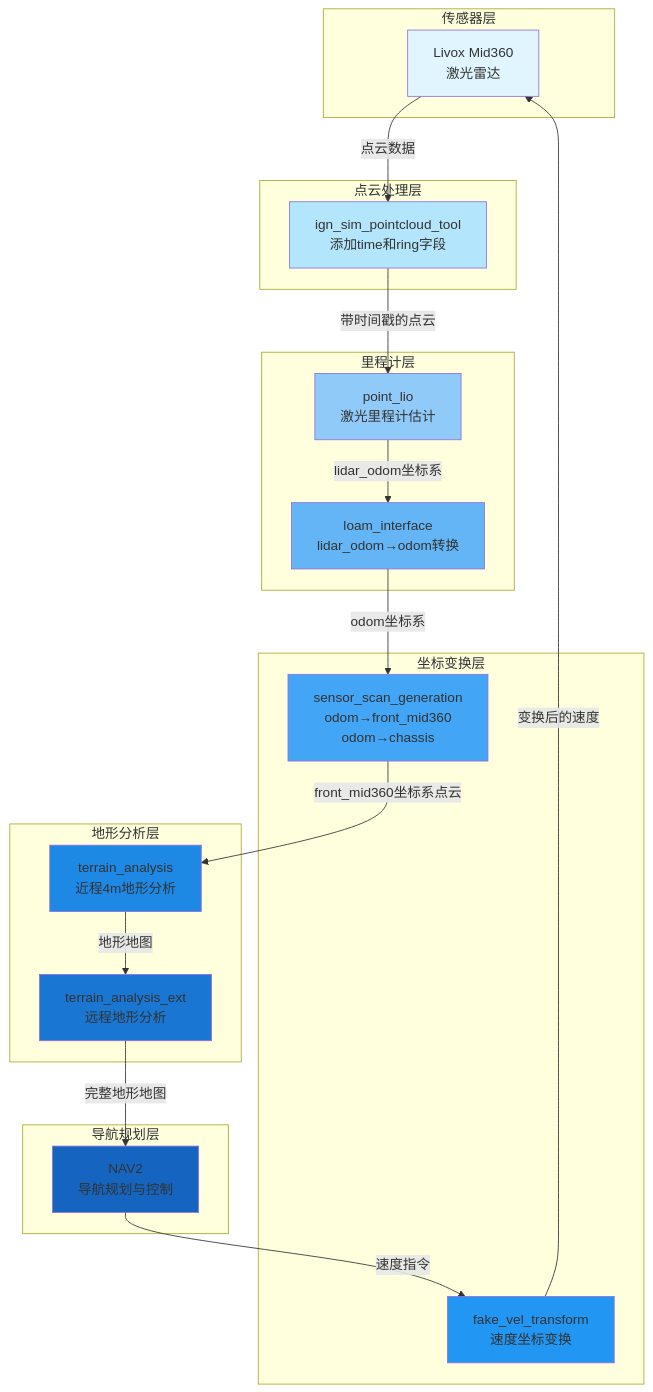
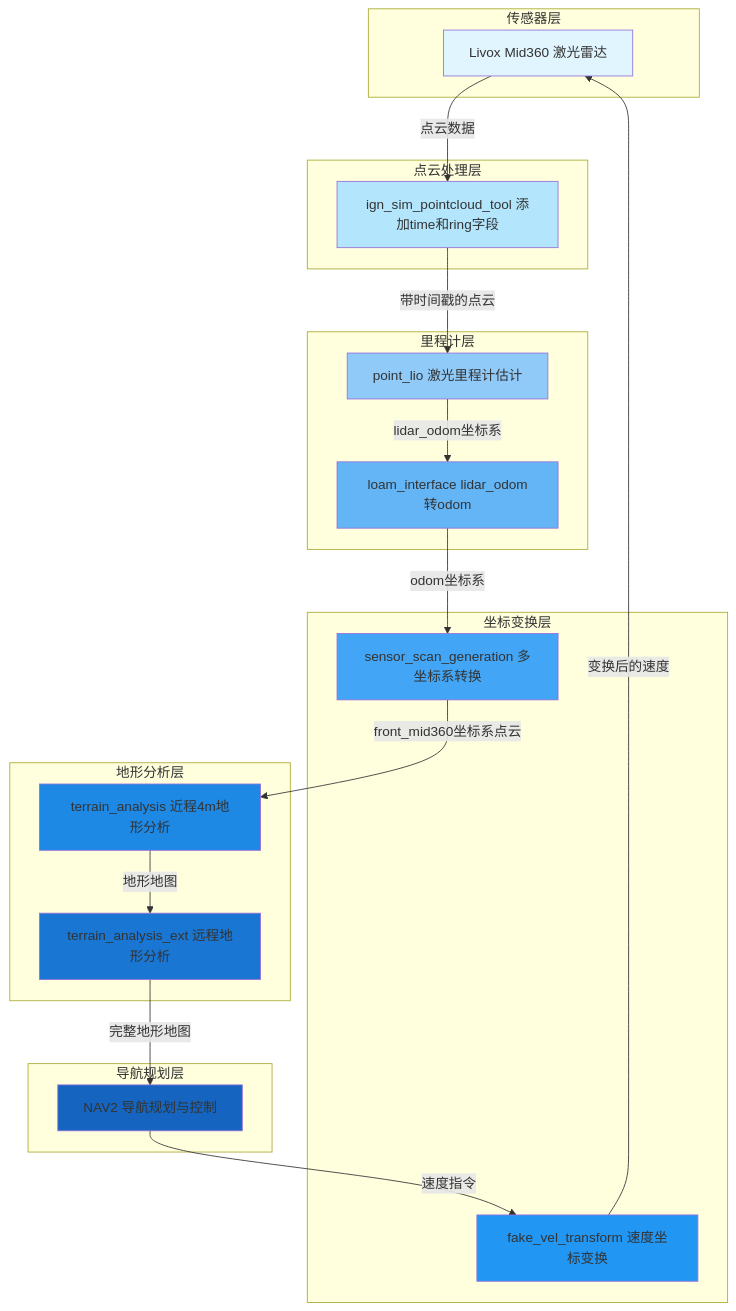
Before and after one commit to Xiancaijiang/Navi_Simulation: the first of 2 diagrams in readme_fix.md, drawn with Mermaid. The commit also changed other lines of this file, not shown here.

Commit message:
Fix Mermaid diagram syntax errors by removing special characters and tags

````diff
--- a/readme_fix.md
+++ b/readme_fix.md
@@ -36,49 +36,49 @@
 ```mermaid
 graph TB
     subgraph 传感器层
-        A[Livox Mid360<br/>激光雷达]
+        A[Livox Mid360 激光雷达]
     end
 
     subgraph 点云处理层
-        B[ign_sim_pointcloud_tool<br/>添加time和ring字段]
+        B[ign_sim_pointcloud_tool 添加time和ring字段]
     end
 
     subgraph 里程计层
-        C[point_lio<br/>激光里程计估计]
-        D[loam_interface<br/>lidar_odom→odom转换]
+        C[point_lio 激光里程计估计]
+        D[loam_interface lidar_odom转odom]
     end
 
     subgraph 坐标变换层
-        E[sensor_scan_generation<br/>odom→front_mid360<br/>odom→chassis]
-        F[fake_vel_transform<br/>速度坐标变换]
+        E[sensor_scan_generation 多坐标系转换]
+        F[fake_vel_transform 速度坐标变换]
     end
 
     subgraph 地形分析层
-        G[terrain_analysis<br/>近程4m地形分析]
-        H[terrain_analysis_ext<br/>远程地形分析]
+        G[terrain_analysis 近程4m地形分析]
+        H[terrain_analysis_ext 远程地形分析]
     end
 
     subgraph 导航规划层
-        I[NAV2<br/>导航规划与控制]
+        I[NAV2 导航规划与控制]
     end
 
     A -->|点云数据| B
     B -->|带时间戳的点云| C
     C -->|lidar_odom坐标系| D
     D -->|odom坐标系| E
     E -->|front_mid360坐标系点云| G
     G -->|地形地图| H
     H -->|完整地形地图| I
     I -->|速度指令| F
     F -->|变换后的速度| A
 
     style A fill:#e1f5ff
     style B fill:#b3e5fc
     style C fill:#90caf9
     style D fill:#64b5f6
     style E fill:#42a5f5
     style F fill:#2196f3
     style G fill:#1e88e5
     style H fill:#1976d2
     style I fill:#1565c0
 ```
````
